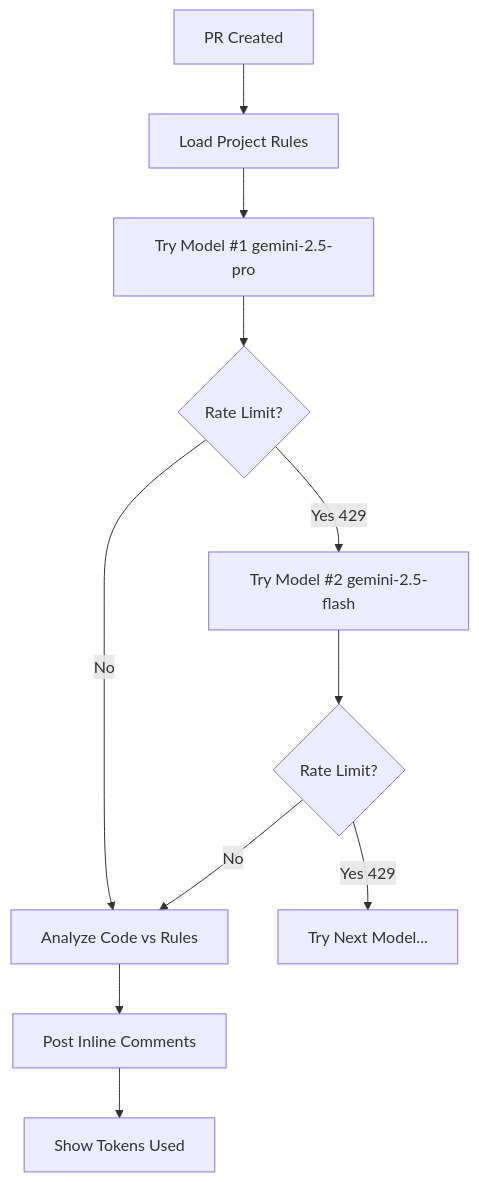
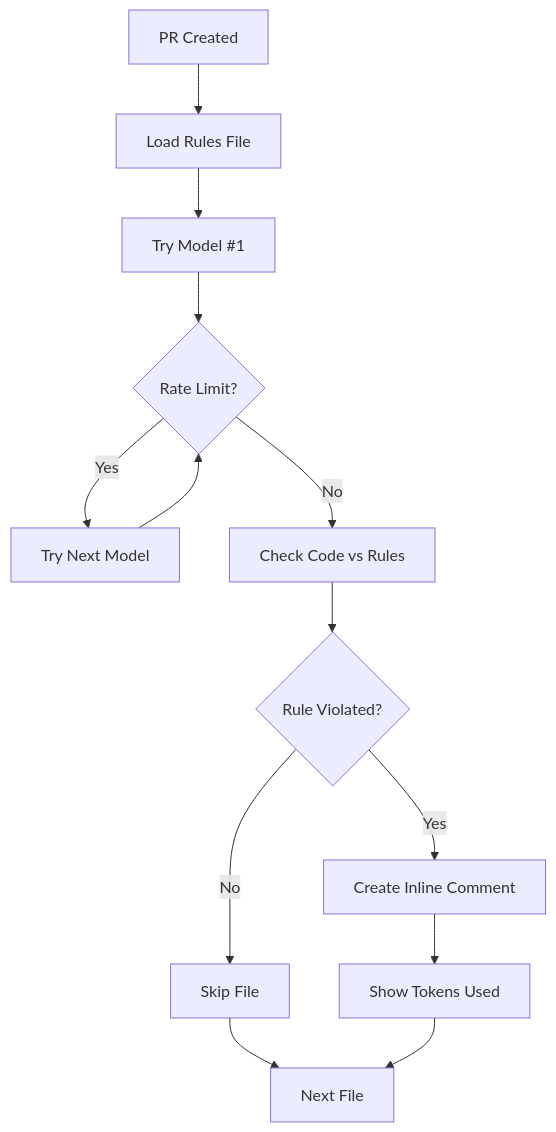
The diagram in README.md (RuslanLizogub/copilot-actions-sandbox), drawn with Mermaid before and after one commit. The commit also changed other lines of this file and 4 other files, not shown here.

````diff
--- a/README.md
+++ b/README.md
@@ -92,13 +98,15 @@
 ```mermaid
 graph TD
-    A[PR Created] --> B[Load Project Rules]
-    B --> C[Try Model #1 gemini-2.5-pro]
+    A[PR Created] --> B[Load Rules File]
+    B --> C[Try Model #1]
     C --> D{Rate Limit?}
-    D -->|Yes 429| E[Try Model #2 gemini-2.5-flash]
-    D -->|No| F[Analyze Code vs Rules]
-    E --> G{Rate Limit?}
-    G -->|Yes 429| H[Try Next Model...]
-    G -->|No| F
-    F --> I[Post Inline Comments]
-    I --> J[Show Tokens Used]
+    D -->|Yes| E[Try Next Model]
+    D -->|No| F[Check Code vs Rules]
+    E --> D
+    F --> G{Rule Violated?}
+    G -->|Yes| H[Create Inline Comment]
+    G -->|No| I[Skip File]
+    H --> J[Show Tokens Used]
+    I --> K[Next File]
+    J --> K
 ```
````
